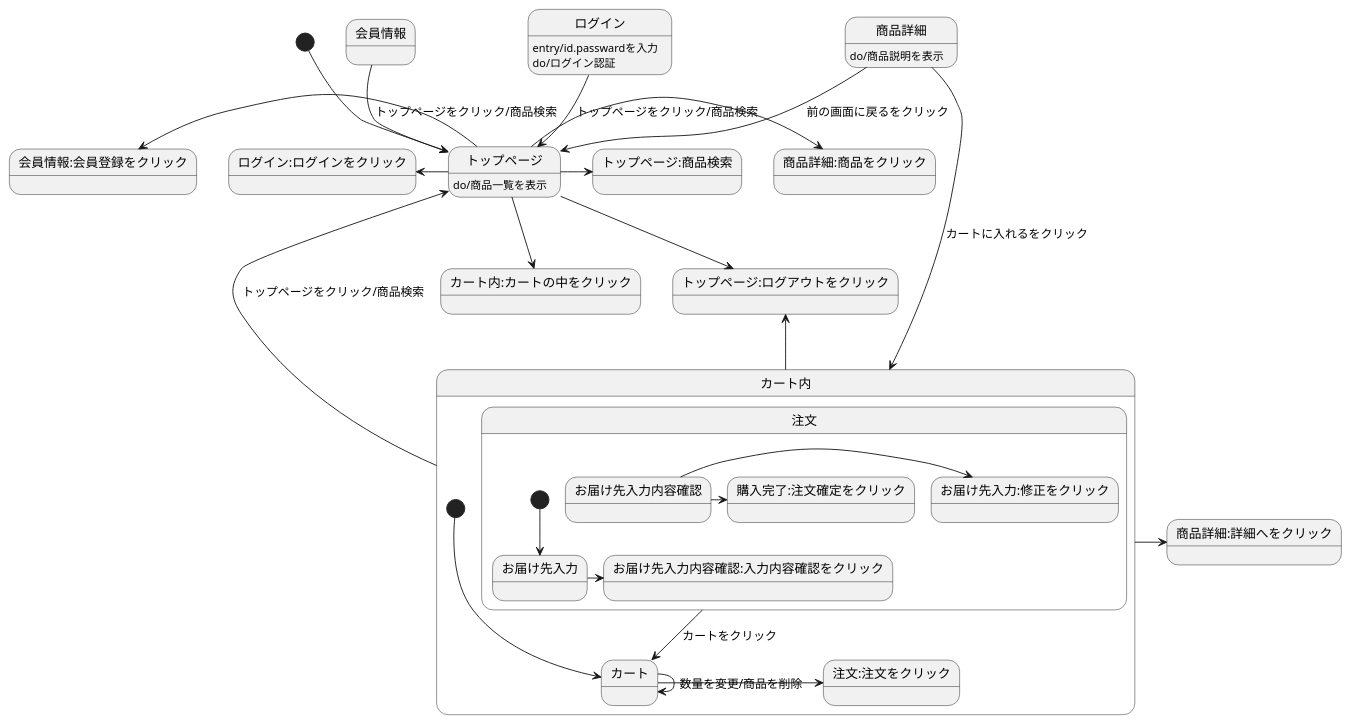
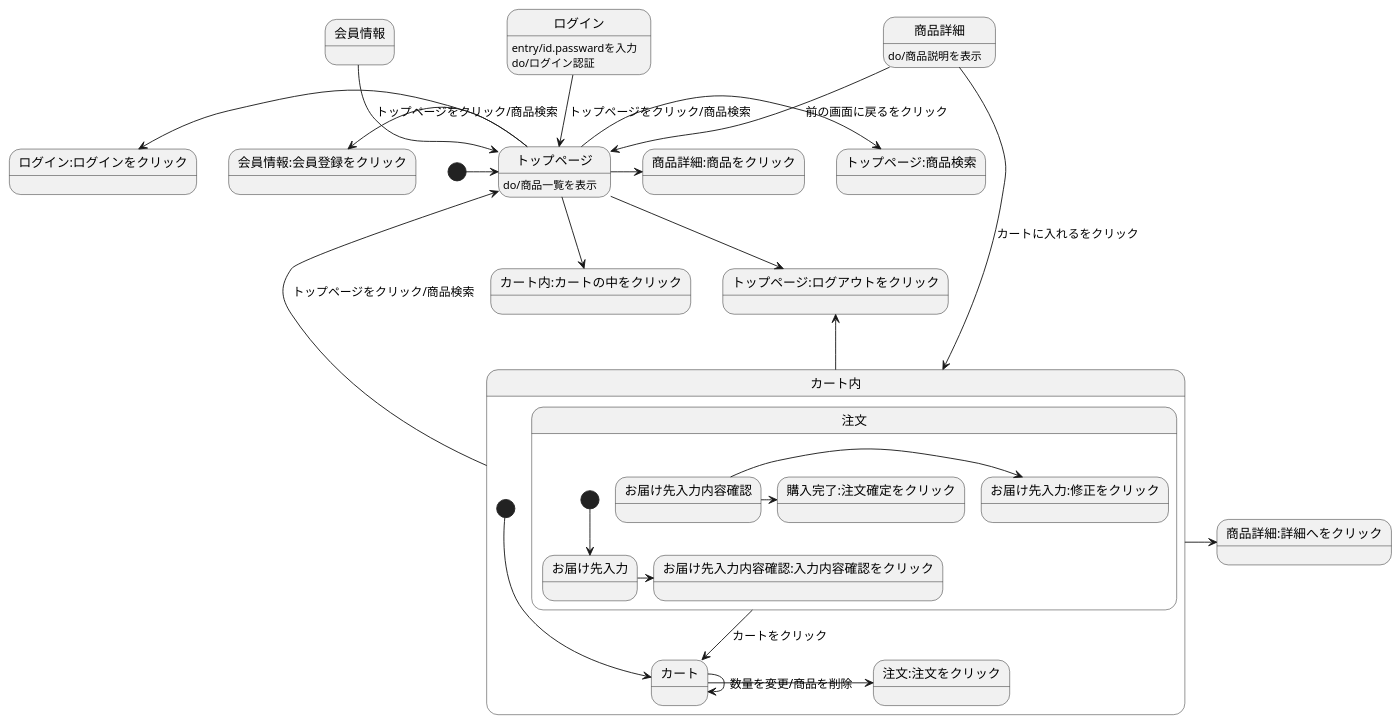
Before and after one commit to Aso2001376/2021sys-design: the diagram in toppage.md, drawn with PlantUML.

````diff
--- a/toppage.md
+++ b/toppage.md
@@ -1,35 +1,35 @@
 ```uml
 @startuml
-[*] --> トップページ
+[*] -> トップページ
 会員情報 --> トップページ:トップページをクリック/商品検索
 ログイン --> トップページ:トップページをクリック/商品検索
 ログイン:entry/id.passwardを入力
 ログイン:do/ログイン認証
 トップページ --> トップページ:ログアウトをクリック
 トップページ -> トップページ:商品検索
 トップページ -> 商品詳細:商品をクリック
 トップページ -left-> 会員情報:会員登録をクリック
 トップページ -left-> ログイン:ログインをクリック
 トップページ --> カート内:カートの中をクリック
 トップページ :do/商品一覧を表示
 商品詳細 -->カート内: カートに入れるをクリック
 商品詳細 -->トップページ: 前の画面に戻るをクリック
 商品詳細:do/商品説明を表示
 カート内-up->トップページ:トップページをクリック/商品検索
 カート内-up->トップページ:ログアウトをクリック
 カート内 -> 商品詳細:詳細へをクリック
 
 state カート内{
 [*]--> カート
 カート-> 注文:注文をクリック
 カート->カート: 数量を変更/商品を削除
 注文 --> カート: カートをクリック
 state 注文{
 [*] --> お届け先入力
 お届け先入力 -> お届け先入力内容確認:入力内容確認をクリック
 お届け先入力内容確認 -> お届け先入力:修正をクリック
 お届け先入力内容確認 -> 購入完了:注文確定をクリック
   }
  }
 @enduml
 ```
````
